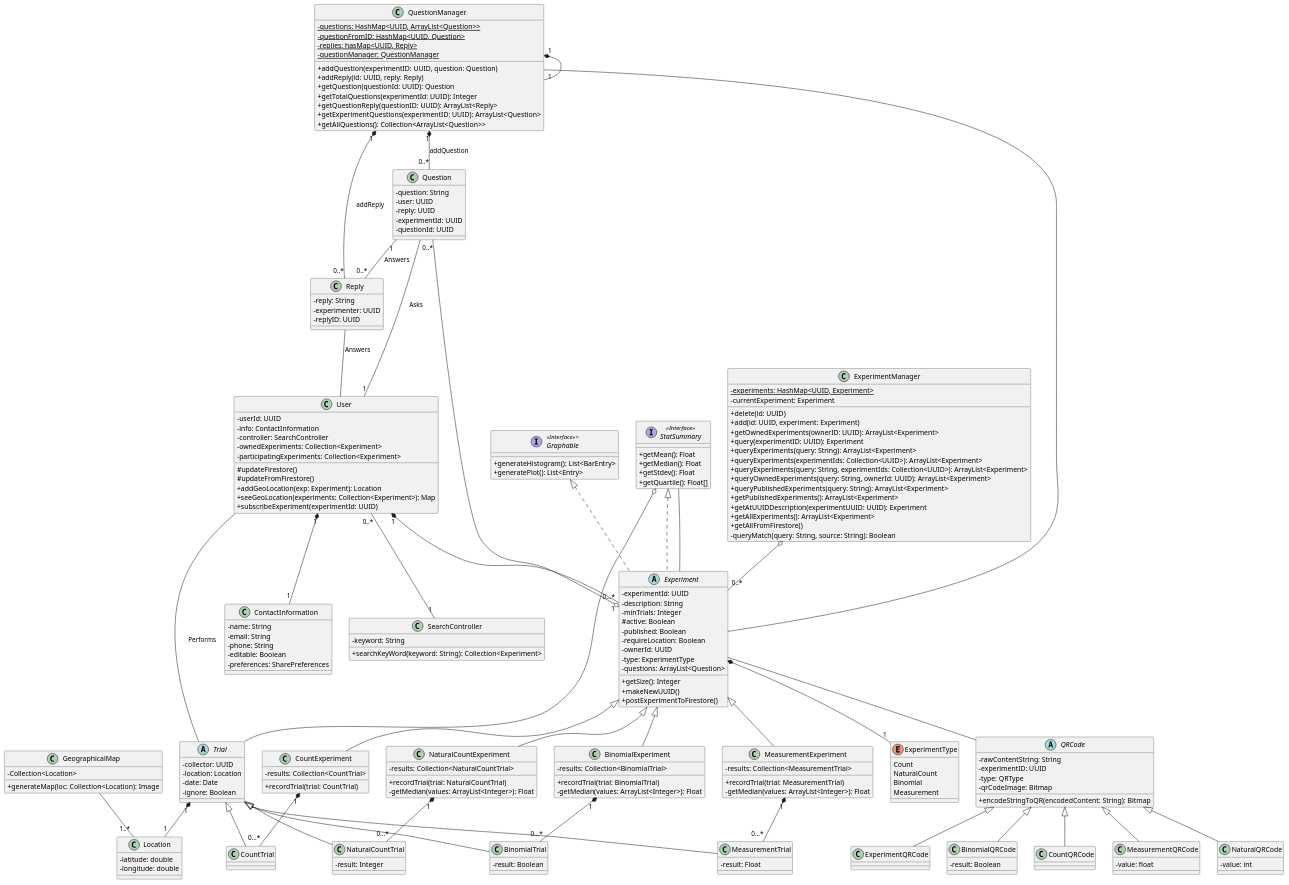
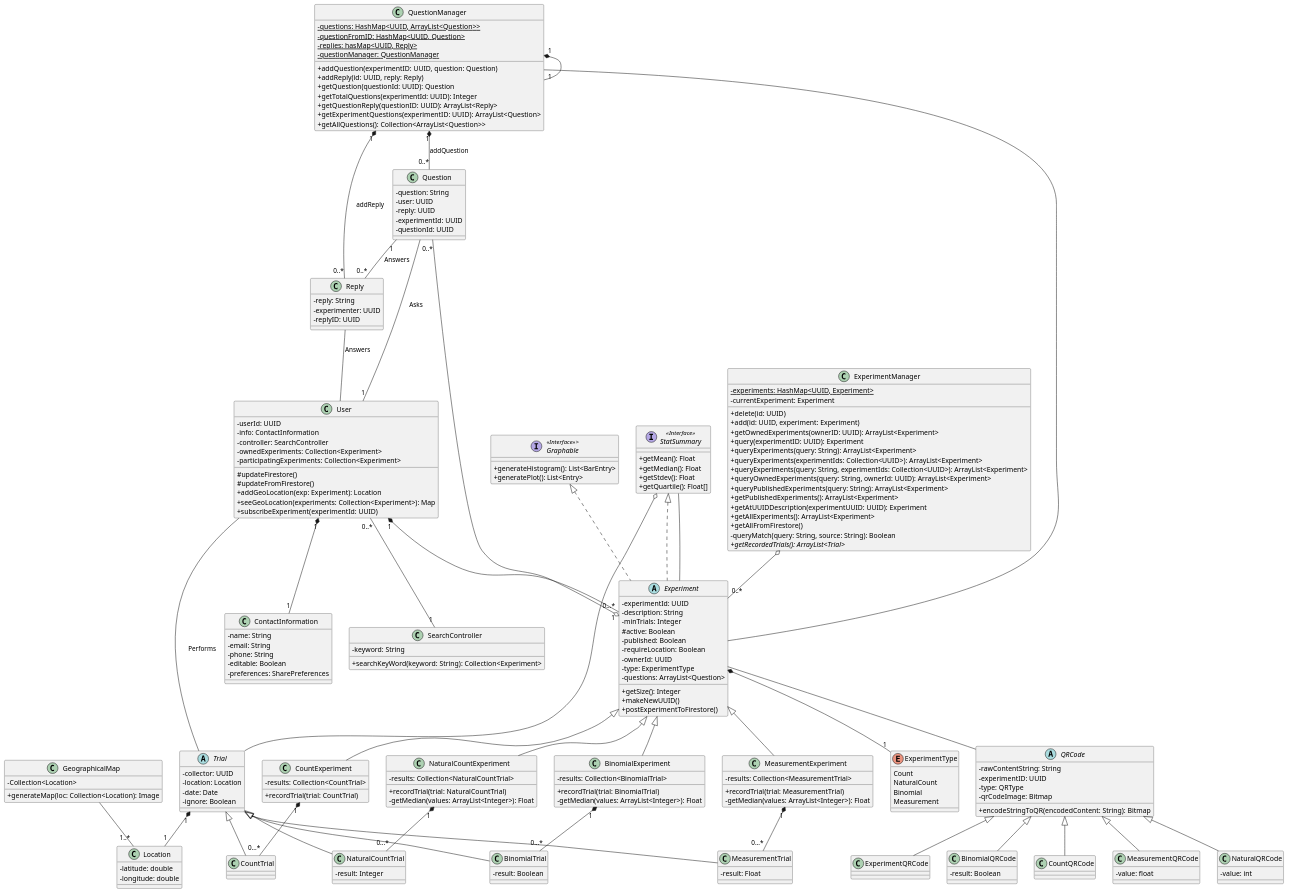
The diagram in doc/uml/uml.puml (CMPUT301W21T03/Experiment-Automata), drawn with PlantUML before and after one commit.

Commit message:
minor uml change

```diff
--- a/doc/uml/uml.puml
+++ b/doc/uml/uml.puml
@@ -36,6 +36,7 @@
    + getAllExperiments(): ArrayList<Experiment> 
    + getAllFromFirestore()
    - queryMatch(query: String, source: String): Boolean
+   + {abstract} getRecordedTrials(): ArrayList<Trial>
 }
 
 ExperimentManager o-- "0..*" Experiment
@@ -229,6 +230,7 @@
     +searchKeyWord(keyword: String): Collection<Experiment>
 }
 
+
 User "1" *-- "1" ContactInformation
 User "1" *-- "0...*" Experiment
 
```
